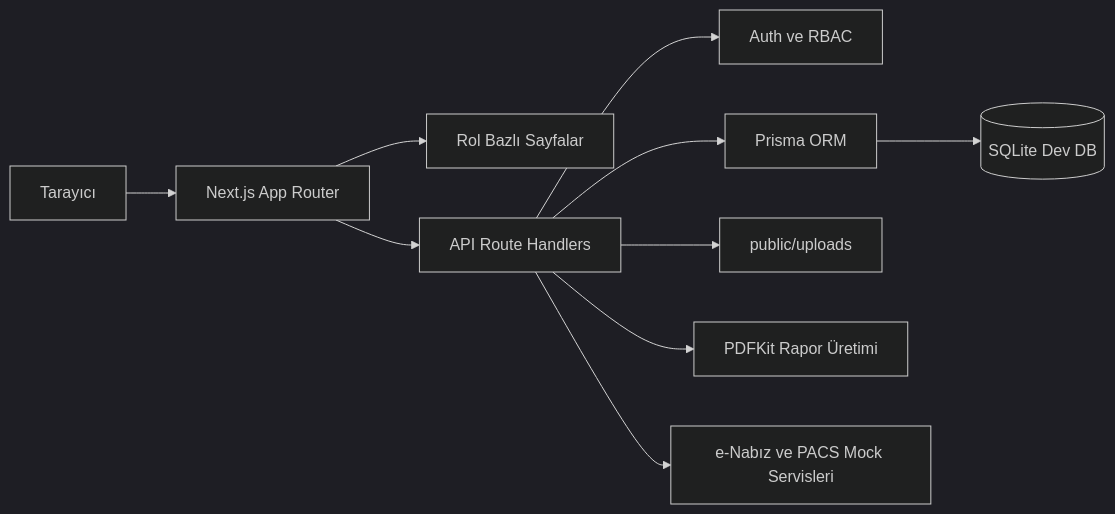
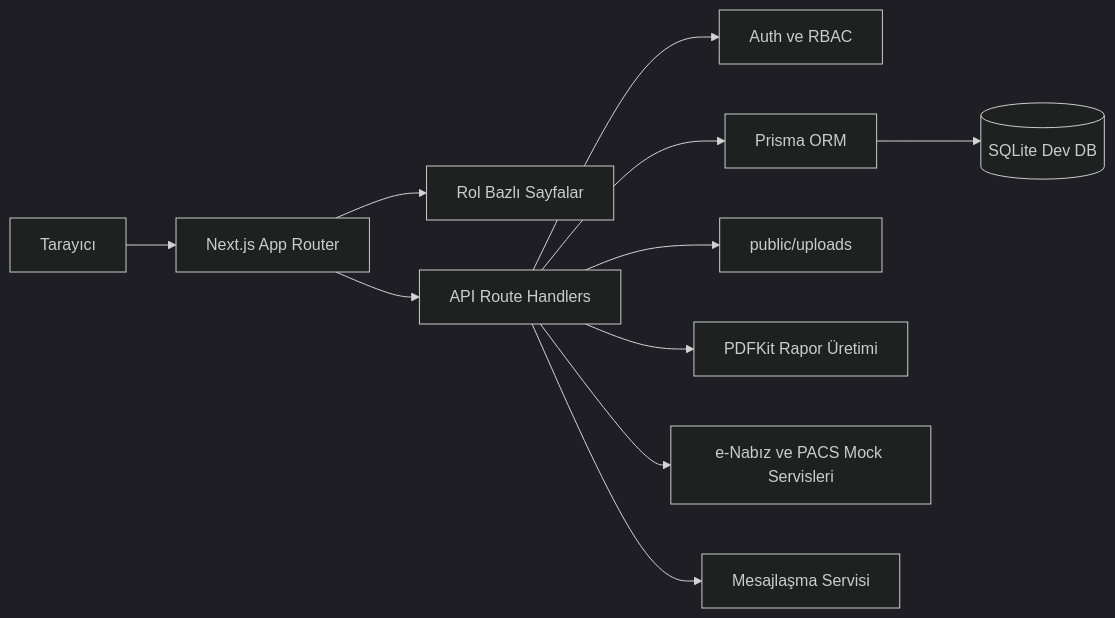
The second of 3 diagrams in README.md (Yavuz0707/Hastane-Otomasyon-Sistemi), drawn with Mermaid (dark theme) before and after one commit. The commit also changed other lines of this file and 24 other files, not shown here.

````diff
--- a/README.md
+++ b/README.md
@@ -135,12 +158,13 @@
 ```mermaid
 flowchart LR
   Browser[Tarayıcı] --> Next[Next.js App Router]
   Next --> Pages[Rol Bazlı Sayfalar]
   Next --> Api[API Route Handlers]
   Api --> Auth[Auth ve RBAC]
   Api --> Prisma[Prisma ORM]
   Prisma --> DB[(SQLite Dev DB)]
   Api --> Uploads[public/uploads]
   Api --> Pdf[PDFKit Rapor Üretimi]
   Api --> Mock[e-Nabız ve PACS Mock Servisleri]
+  Api --> Msg[Mesajlaşma Servisi]
 ```
````
